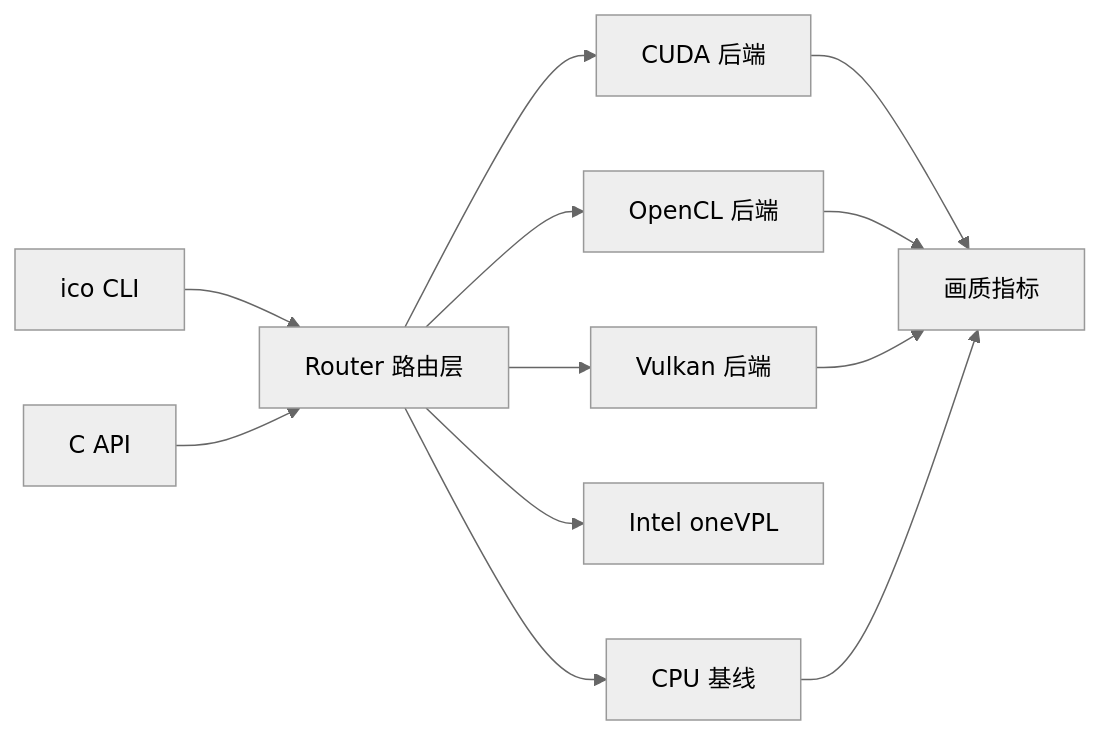
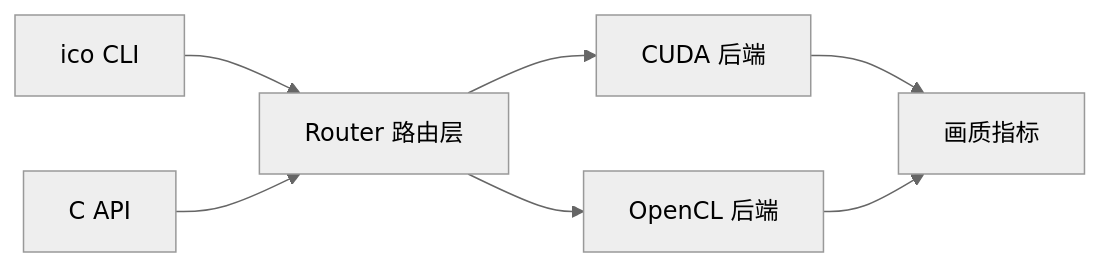
The first of 4 diagrams in MERMAID_TEST2.md (a645162/a645162), drawn with Mermaid (neutral theme) before and after one commit. The commit also changed other lines of this file, not shown here.

Commit message:
test: mermaid ordering

````diff
--- a/MERMAID_TEST2.md
+++ b/MERMAID_TEST2.md
@@ -5,14 +5,9 @@
 ```mermaid
 graph LR
     CLI[ico CLI] --> Router[Router 路由层]
     API[C API] --> Router
     Router --> CUDA[CUDA 后端]
     Router --> OCL[OpenCL 后端]
-    Router --> VK[Vulkan 后端]
-    Router --> VPL[Intel oneVPL]
-    Router --> CPU[CPU 基线]
     CUDA --> Metric[画质指标]
     OCL --> Metric
-    VK --> Metric
-    CPU --> Metric
 ```
````
